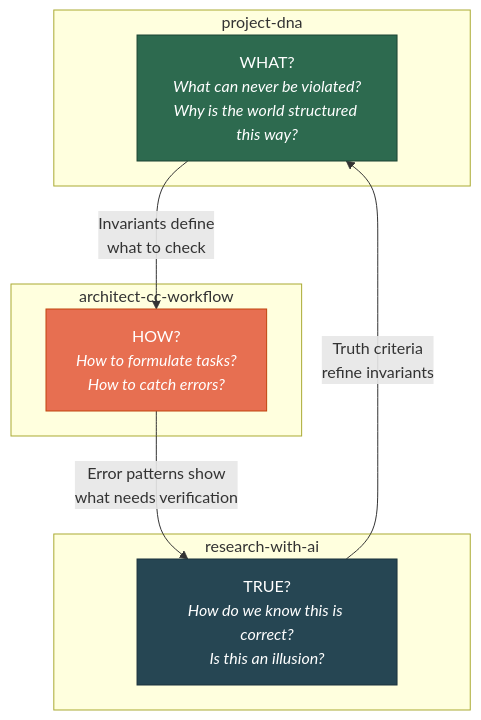
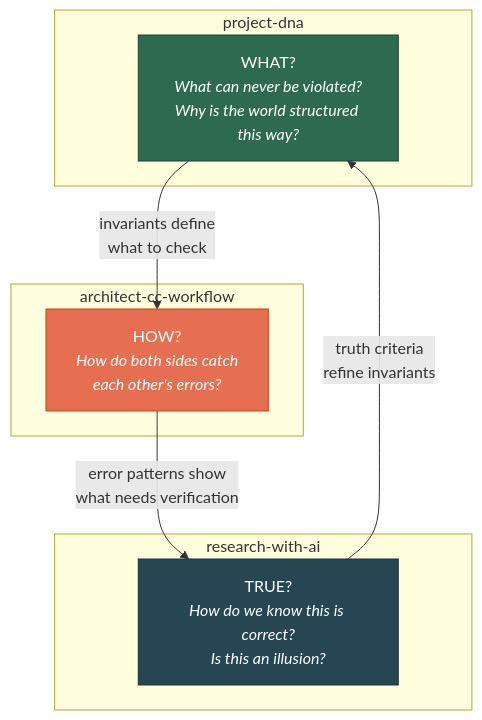
One commit to SizovOleg/project-dna changed the first of 5 diagrams in docs/ecosystem-en.md. Above: the diagram before and after it, drawn with Mermaid. The commit also changed other lines of this file and 9 other files, not shown here.

````diff
--- a/docs/ecosystem-en.md
+++ b/docs/ecosystem-en.md
@@ -15,22 +15,22 @@
 ```mermaid
 graph TB
     subgraph "project-dna"
         DNA_Q["WHAT?<br/><i>What can never be violated?<br/>Why is the world structured this way?</i>"]
     end
 
     subgraph "architect-cc-workflow"
-        ARCH_Q["HOW?<br/><i>How to formulate tasks?<br/>How to catch errors?</i>"]
+        ARCH_Q["HOW?<br/><i>How do both sides catch<br/>each other's errors?</i>"]
     end
 
     subgraph "research-with-ai"
         RES_Q["TRUE?<br/><i>How do we know this is correct?<br/>Is this an illusion?</i>"]
     end
 
-    DNA_Q -->|"Invariants define<br/>what to check"| ARCH_Q
-    ARCH_Q -->|"Error patterns show<br/>what needs verification"| RES_Q
-    RES_Q -->|"Truth criteria<br/>refine invariants"| DNA_Q
+    DNA_Q -->|"invariants define<br/>what to check"| ARCH_Q
+    ARCH_Q -->|"error patterns show<br/>what needs verification"| RES_Q
+    RES_Q -->|"truth criteria<br/>refine invariants"| DNA_Q
 
     style DNA_Q fill:#2d6a4f,stroke:#1b4332,color:#fff
     style ARCH_Q fill:#e76f51,stroke:#c1440e,color:#fff
     style RES_Q fill:#264653,stroke:#1a323d,color:#fff
 ```
````
